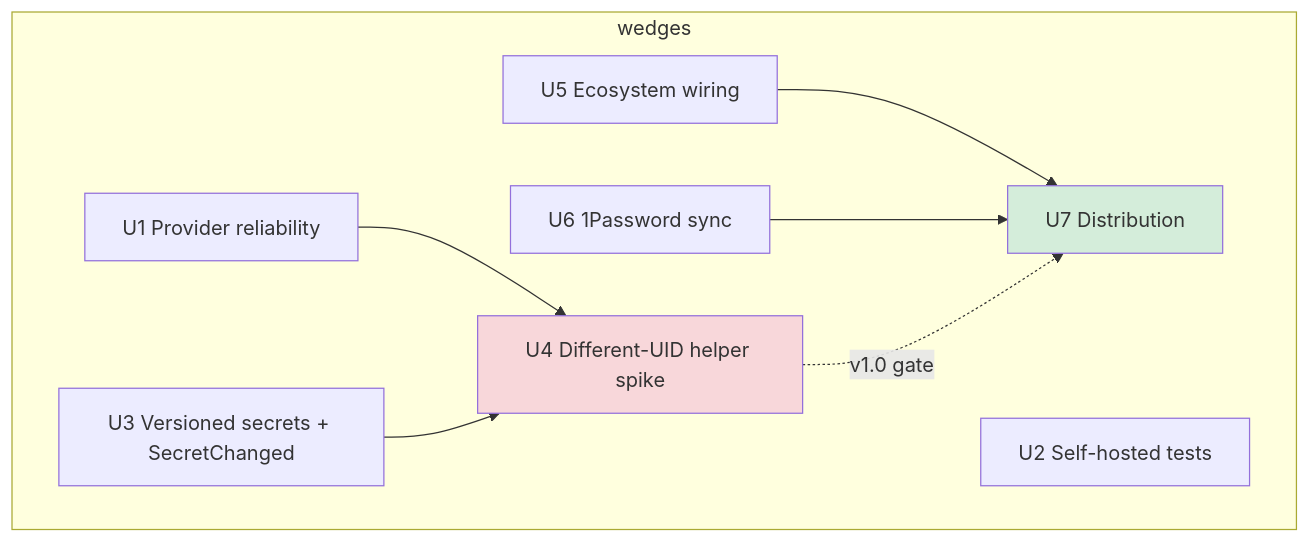
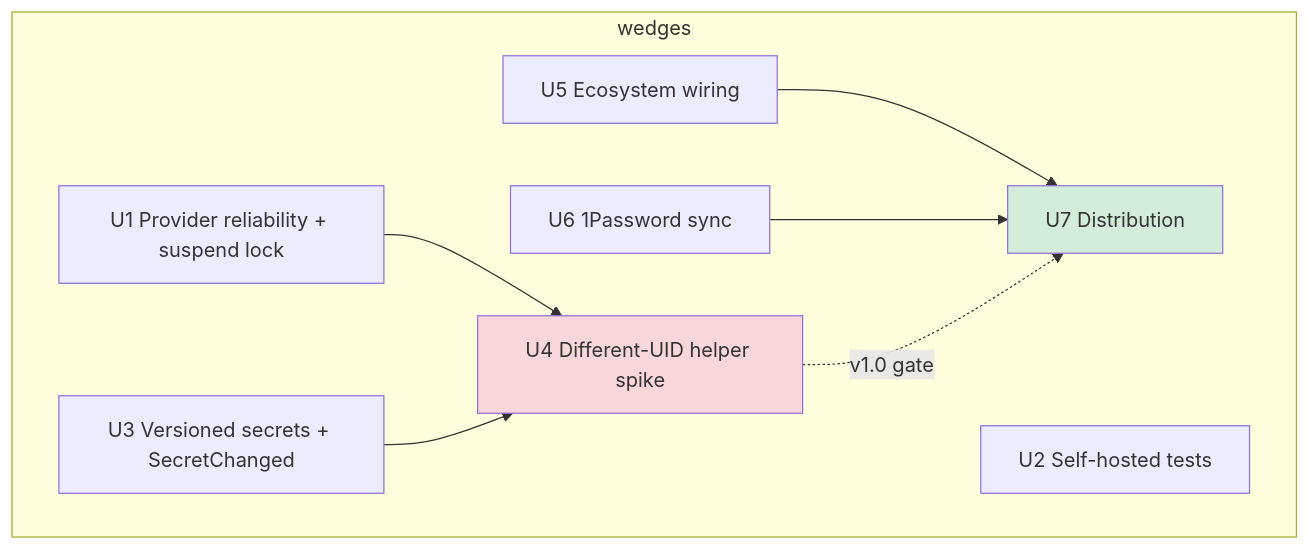
The diagram in docs/plans/2026-10-28-2306-feat-omaseal-product-roadmap-plan.md (duketopceo/OmaSeal), drawn with Mermaid before and after one commit. The commit also changed other lines of this file, not shown here.

First line of the commit message:
docs(roadmap): add suspend/session-lock requirement to U1

````diff
--- a/docs/plans/2026-10-28-2306-feat-omaseal-product-roadmap-plan.md
+++ b/docs/plans/2026-10-28-2306-feat-omaseal-product-roadmap-plan.md
@@ -109,19 +111,19 @@
 ```mermaid
 flowchart TB
   subgraph wedges
-    U1[U1 Provider reliability]
+    U1[U1 Provider reliability + suspend lock]
     U2[U2 Self-hosted tests]
     U3[U3 Versioned secrets + SecretChanged]
     U4[U4 Different-UID helper spike]
     U5[U5 Ecosystem wiring]
     U6[U6 1Password sync]
     U7[U7 Distribution]
   end
   U1 --> U4
   U3 --> U4
   U5 --> U7
   U6 --> U7
   U4 -.->|v1.0 gate| U7
   style U4 fill:#f8d7da
   style U7 fill:#d4edda
 ```
````
